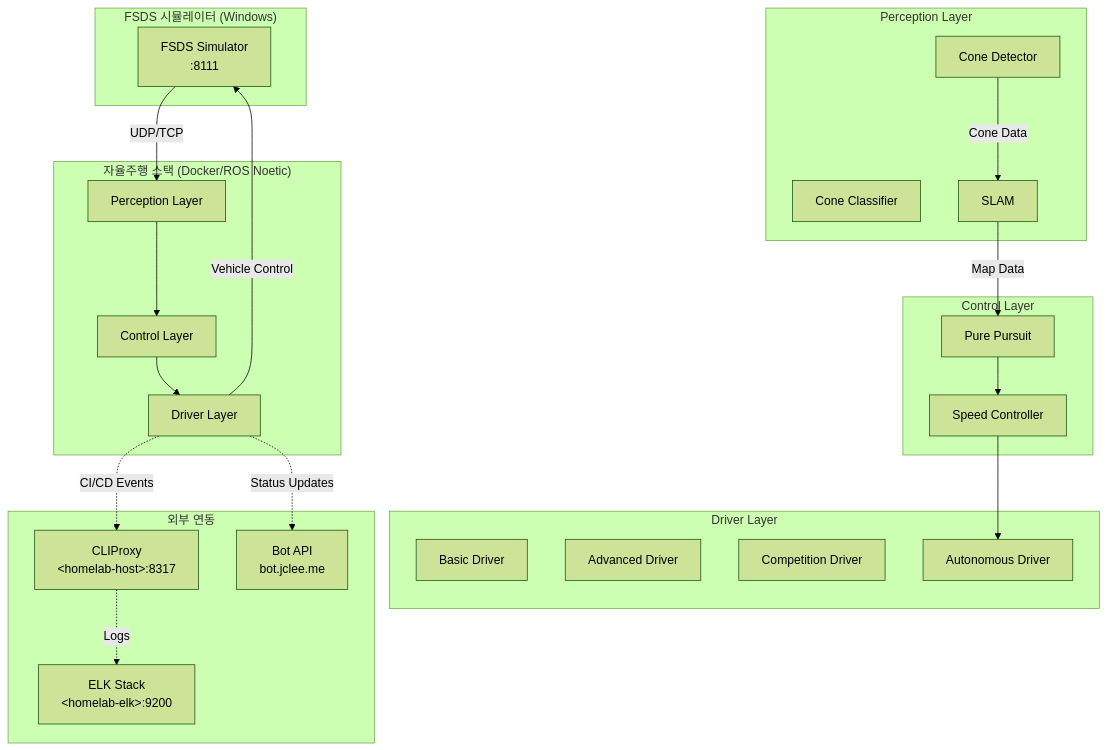
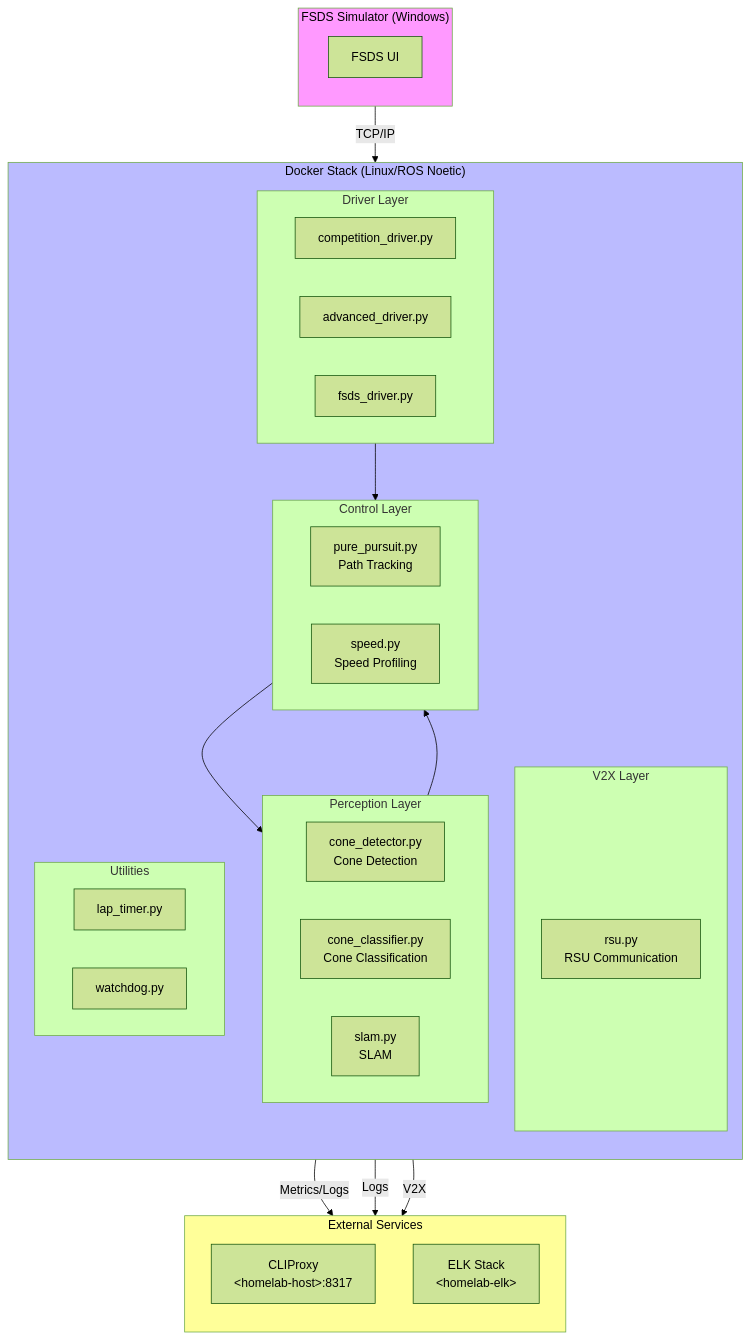
The diagram in README.md (jclee941/hycu_fsds), drawn with Mermaid (forest theme) before and after one commit. The commit also changed other lines of this file, not shown here.

````diff
--- a/README.md
+++ b/README.md
@@ -75,52 +77,54 @@
 ```mermaid
 flowchart TB
-    subgraph Simulator["FSDS 시뮬레이터 (Windows)"]
-        A["FSDS Simulator<br/>:8111"]
+    subgraph Simulator["FSDS Simulator (Windows)"]
+        direction TB
+        UI["FSDS UI"]
     end
 
-    subgraph Compute["자율주행 스택 (Docker/ROS Noetic)"]
-        B[" Perception Layer"]
-        C[" Control Layer"]
-        D[" Driver Layer"]
-        
-        B --> C
-        C --> D
+    subgraph DockerStack["Docker Stack (Linux/ROS Noetic)"]
+        direction TB
+        subgraph Drivers["Driver Layer"]
+            D1["competition_driver.py"]
+            D2["advanced_driver.py"]
+            D3["fsds_driver.py"]
+        end
+
+        subgraph Control["Control Layer"]
+            C1["pure_pursuit.py<br/>Path Tracking"]
+            C2["speed.py<br/>Speed Profiling"]
+        end
+
+        subgraph Perception["Perception Layer"]
+            P1["cone_detector.py<br/>Cone Detection"]
+            P2["cone_classifier.py<br/>Cone Classification"]
+            P3["slam.py<br/>SLAM"]
+        end
+
+        subgraph V2X["V2X Layer"]
+            V1["rsu.py<br/>RSU Communication"]
+        end
+
+        subgraph Utils["Utilities"]
+            U1["lap_timer.py"]
+            U2["watchdog.py"]
+        end
     end
 
-    subgraph Perception["Perception Layer"]
-        B1[" Cone Detector"]
-        B2[" Cone Classifier"]
-        B3[" SLAM"]
+    subgraph External["External Services"]
+        direction TB
+        CLIProxy["CLIProxy<br/>&lt;homelab-host&gt;:8317"]
+        ELK["ELK Stack<br/>&lt;homelab-elk&gt;"]
     end
 
-    subgraph Control["Control Layer"]
-        C1[" Pure Pursuit"]
-        C2[" Speed Controller"]
-    end
+    UI -->|TCP/IP| Drivers
+    Drivers --> Control
+    Control --> Perception
+    Perception --> Control
+    Drivers --> |Metrics/Logs| CLIProxy
+    Drivers --> |Logs| ELK
+    V1 --> |V2X| External
 
-    subgraph Driver["Driver Layer"]
-        D1[" Basic Driver"]
-        D2[" Advanced Driver"]
-        D3[" Competition Driver"]
-        D4[" Autonomous Driver"]
-    end
-
-    subgraph External["외부 연동"]
-        E["CLIProxy<br/>&lt;homelab-host&gt;:8317"]
-        F["Bot API<br/>bot.jclee.me"]
-        G["ELK Stack<br/>&lt;homelab-elk&gt;:9200"]
-    end
-
-    A -->|"UDP/TCP"| B
-    D -->|"Vehicle Control"| A
-    
-    B1 -->|"Cone Data"| B3
-    B3 -->|"Map Data"| C1
-    
-    C1 --> C2
-    C2 --> D4
-    
-    D -.->|"CI/CD Events"| E
-    D -.->|"Status Updates"| F
-    E -.->|"Logs"| G
+    style Simulator fill:#f9f,color:#000
+    style DockerStack fill:#bbf,color:#000
+    style External fill:#ff9,color:#000
 ```
````
